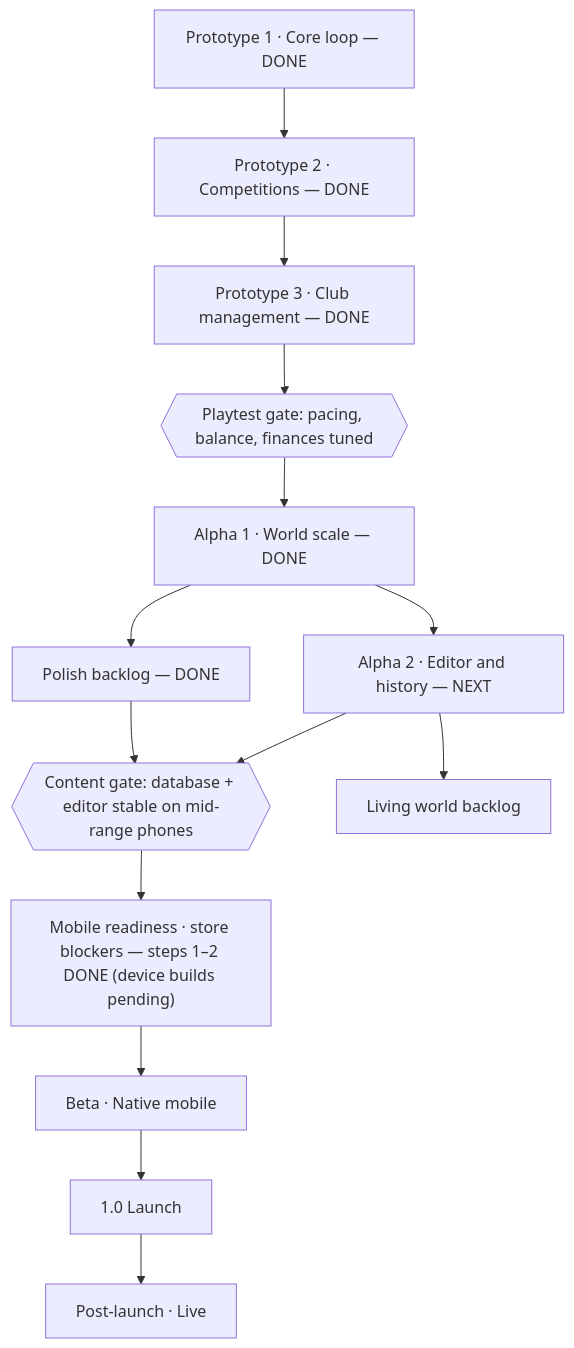
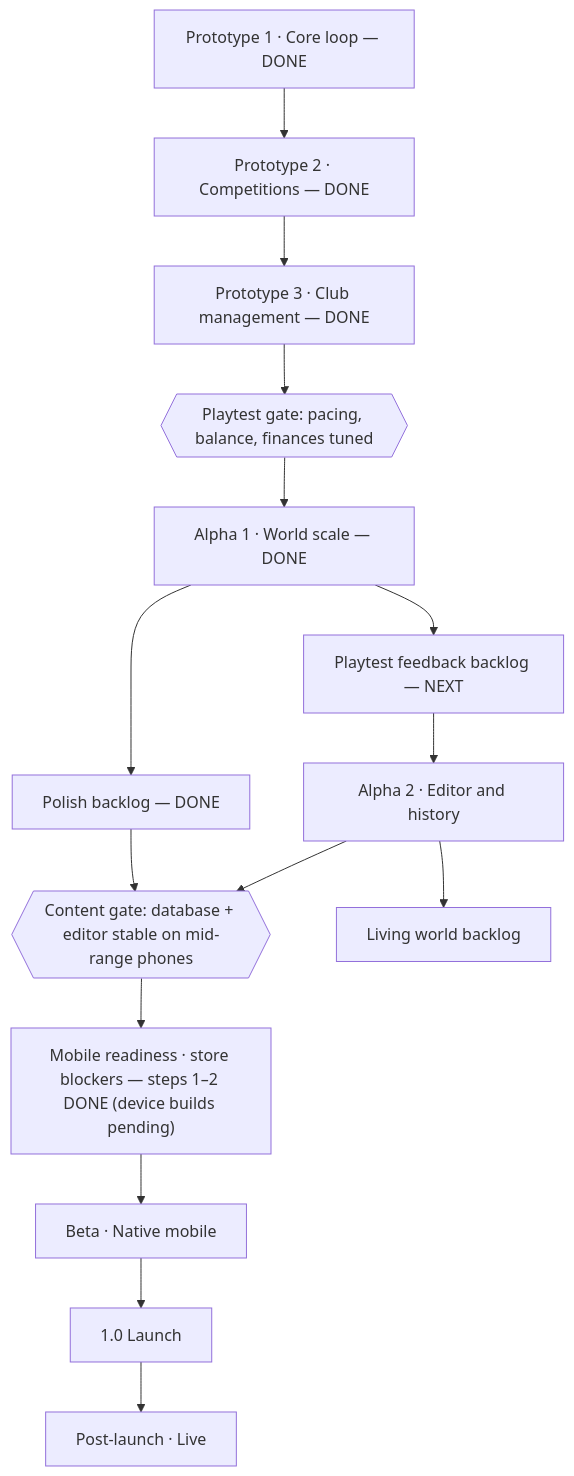
The diagram in docs/ROADMAP.md (tengpekkhoon/touchline), drawn with Mermaid before and after one commit. The commit also changed other lines of this file, not shown here.

Commit message:
Roadmap: playtest feedback backlog (7 batches) next, before Alpha 2

````diff
--- a/docs/ROADMAP.md
+++ b/docs/ROADMAP.md
@@ -9,16 +9,17 @@
 ```mermaid
 flowchart TB
     P1["Prototype 1 · Core loop — DONE"] --> P2["Prototype 2 · Competitions — DONE"]
     P2 --> P3["Prototype 3 · Club management — DONE"]
     P3 --> G1{{"Playtest gate: pacing, balance, finances tuned"}}
     G1 --> A1["Alpha 1 · World scale — DONE"]
-    A1 --> A2["Alpha 2 · Editor and history — NEXT"]
+    A1 --> PF["Playtest feedback backlog — NEXT"]
+    PF --> A2["Alpha 2 · Editor and history"]
     A1 --> PB["Polish backlog — DONE"]
     A2 --> G2{{"Content gate: database + editor stable on mid-range phones"}}
     A2 --> LW["Living world backlog"]
     PB --> G2
     G2 --> MR["Mobile readiness · store blockers — steps 1–2 DONE (device builds pending)"]
     MR --> B["Beta · Native mobile"]
     B --> L["1.0 Launch"]
     L --> LV["Post-launch · Live"]
 ```
````
